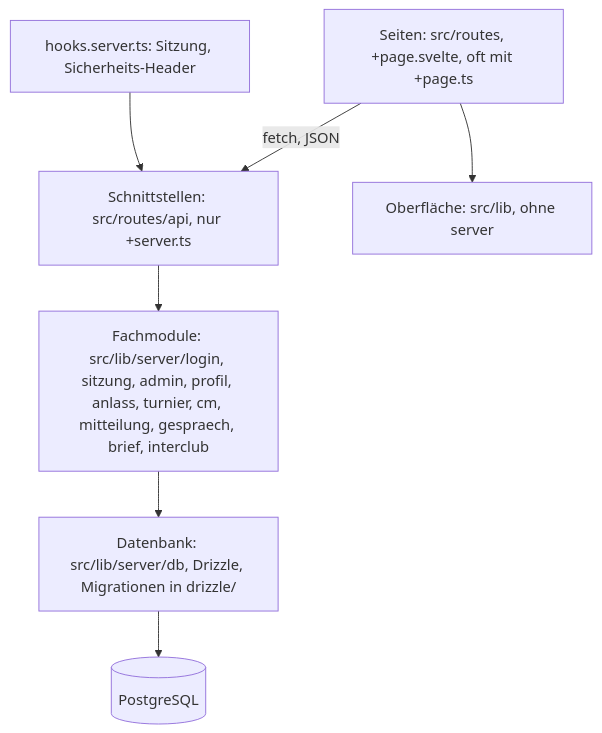
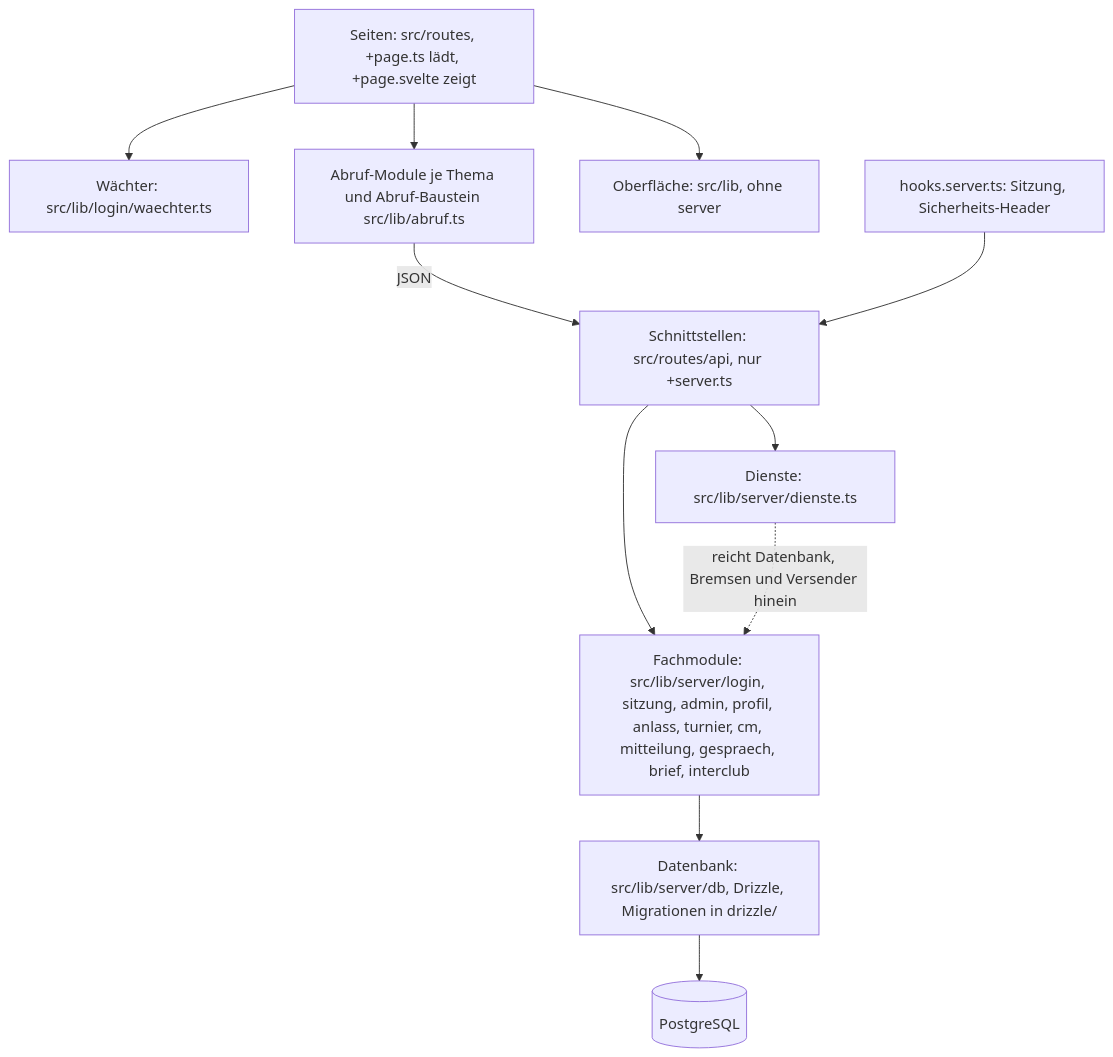
Before and after one commit to konstantinniedermann/tco-app: the second of 3 diagrams in docs/arc42.md, drawn with Mermaid. The commit also changed other lines of this file, not shown here.

First line of the commit message:
docs: Bausteinsicht an den Code angeglichen (Abruf, Wächter, Dienste, Ablauf)

````diff
--- a/docs/arc42.md
+++ b/docs/arc42.md
@@ -78,9 +78,13 @@
 ```mermaid
 flowchart TD
-  S["Seiten: src/routes, +page.svelte, oft mit +page.ts"] -->|fetch, JSON| API["Schnittstellen: src/routes/api, nur +server.ts"]
+  S["Seiten: src/routes, +page.ts lädt, +page.svelte zeigt"] --> W["Wächter: src/lib/login/waechter.ts"]
+  S --> AM["Abruf-Module je Thema und Abruf-Baustein src/lib/abruf.ts"]
   S --> UI["Oberfläche: src/lib, ohne server"]
+  AM -->|JSON| API["Schnittstellen: src/routes/api, nur +server.ts"]
   H["hooks.server.ts: Sitzung, Sicherheits-Header"] --> API
+  API --> DI["Dienste: src/lib/server/dienste.ts"]
   API --> F["Fachmodule: src/lib/server/login, sitzung, admin, profil, anlass, turnier, cm, mitteilung, gespraech, brief, interclub"]
+  DI -.->|reicht Datenbank, Bremsen und Versender hinein| F
   F --> DB["Datenbank: src/lib/server/db, Drizzle, Migrationen in drizzle/"]
   DB --> PG[(PostgreSQL)]
 ```
````
